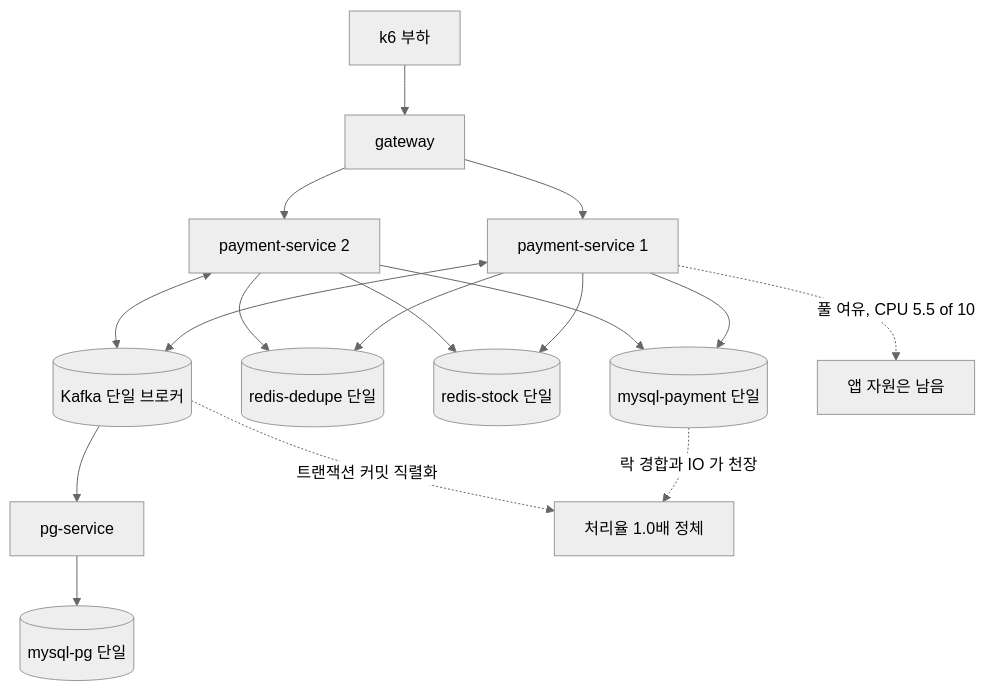
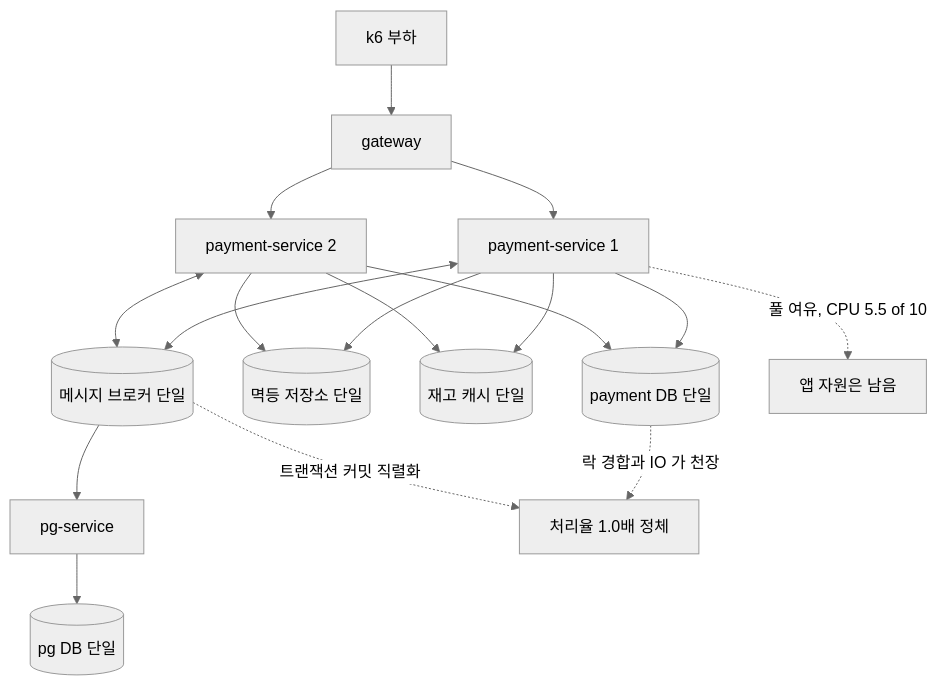
Before and after one commit to hyoguoo/payment-platform: the second of 2 diagrams in docs/topics/SHARED-RESOURCE-SCALEOUT.md, drawn with Mermaid (neutral theme). The commit also changed other lines of this file and 1 other file, not shown here.

````diff
--- a/docs/topics/SHARED-RESOURCE-SCALEOUT.md
+++ b/docs/topics/SHARED-RESOURCE-SCALEOUT.md
@@ -16,22 +62,22 @@
 ```mermaid
 flowchart TB
     K6["k6 부하"] --> GW["gateway"]
     GW --> Pay1["payment-service 1"]
     GW --> Pay2["payment-service 2"]
 
-    Pay1 --> MyP[("mysql-payment 단일")]
+    Pay1 --> MyP[("payment DB 단일")]
     Pay2 --> MyP
-    Pay1 --> RedD[("redis-dedupe 단일")]
+    Pay1 --> RedD[("멱등 저장소 단일")]
     Pay2 --> RedD
-    Pay1 --> RedS[("redis-stock 단일")]
+    Pay1 --> RedS[("재고 캐시 단일")]
     Pay2 --> RedS
-    Pay1 <--> KFK[("Kafka 단일 브로커")]
+    Pay1 <--> KFK[("메시지 브로커 단일")]
     Pay2 <--> KFK
 
     KFK --> Pg["pg-service"]
-    Pg --> MyG[("mysql-pg 단일")]
+    Pg --> MyG[("pg DB 단일")]
 
     MyP -.->|"락 경합과 IO 가 천장"| BOT["처리율 1.0배 정체"]
     KFK -.->|"트랜잭션 커밋 직렬화"| BOT
     Pay1 -.->|"풀 여유, CPU 5.5 of 10"| SLACK["앱 자원은 남음"]
 ```
````
